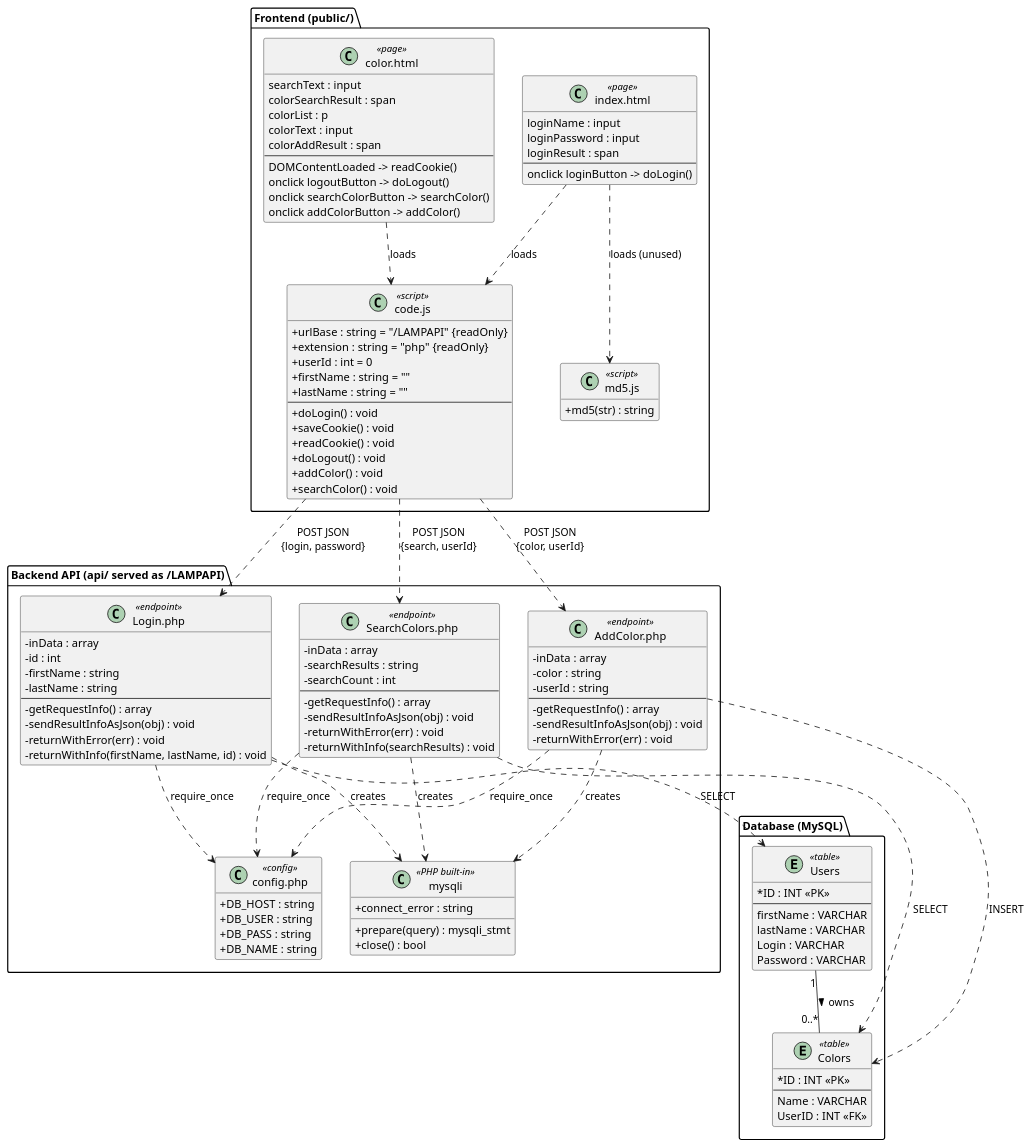
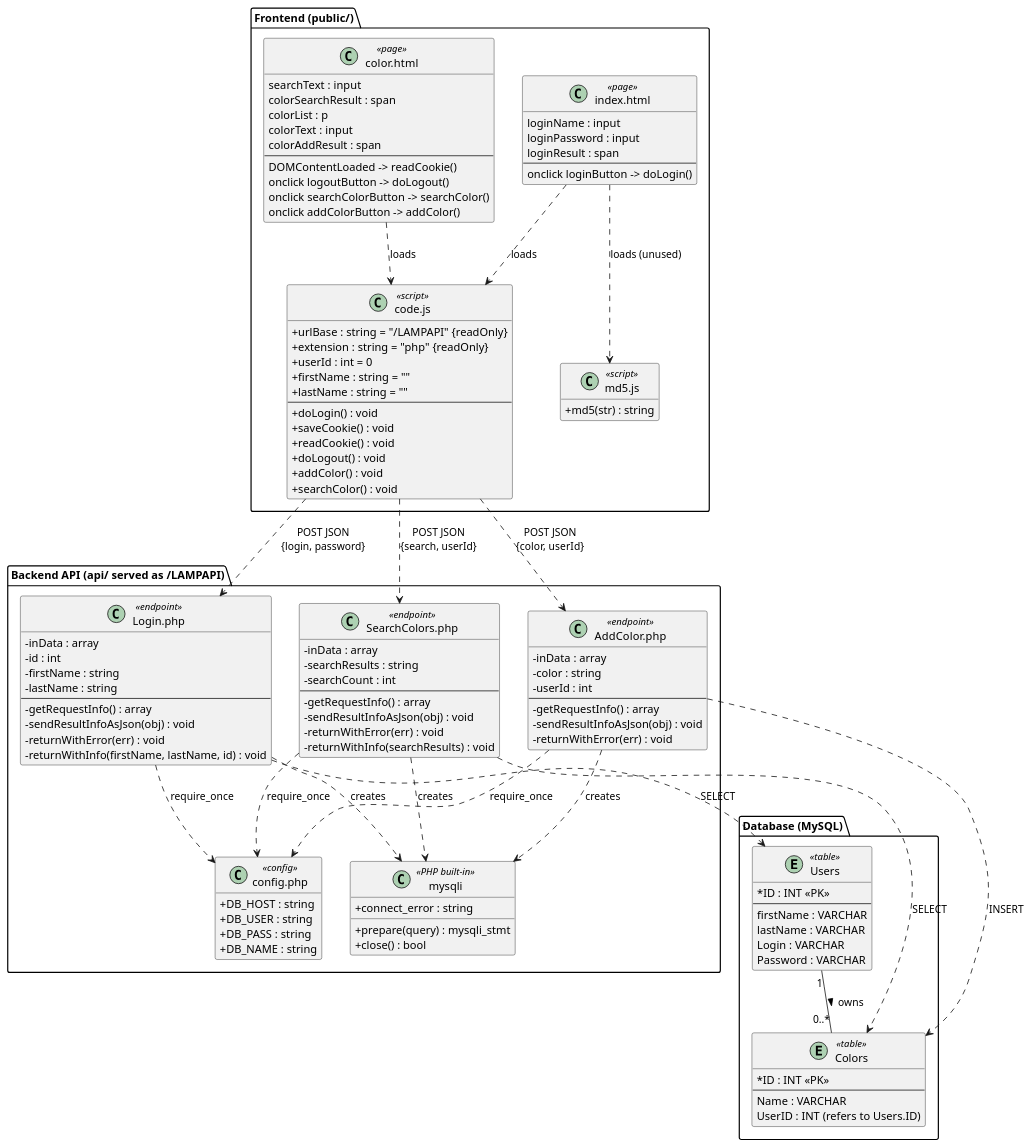
The diagram in docs/uml/class.puml (k4theriina/ColorsAssignment), drawn with PlantUML before and after one commit. The commit also changed 5 other files, not shown here.

Commit message:
Fix UML diagrams to match code: session check, readCookie guard, userId type, Colors.UserID

```diff
--- a/docs/uml/class.puml
+++ b/docs/uml/class.puml
@@ -1,140 +1,140 @@
 @startuml class
 ' Class Diagram - COLORS LAMP web application
 ' The code is procedural (no PHP/JS classes), so each page, script and
 ' table is modeled as a stereotyped class. Members match the real
 ' globals and functions in the source files.
 
 skinparam classAttributeIconSize 0
 hide empty members
 
 package "Frontend (public/)" {
   class "index.html" as IndexPage <<page>> {
     loginName : input
     loginPassword : input
     loginResult : span
     --
     onclick loginButton -> doLogin()
   }
 
   class "color.html" as ColorPage <<page>> {
     searchText : input
     colorSearchResult : span
     colorList : p
     colorText : input
     colorAddResult : span
     --
     DOMContentLoaded -> readCookie()
     onclick logoutButton -> doLogout()
     onclick searchColorButton -> searchColor()
     onclick addColorButton -> addColor()
   }
 
   class "code.js" as CodeJS <<script>> {
     + urlBase : string = "/LAMPAPI" {readOnly}
     + extension : string = "php" {readOnly}
     + userId : int = 0
     + firstName : string = ""
     + lastName : string = ""
     --
     + doLogin() : void
     + saveCookie() : void
     + readCookie() : void
     + doLogout() : void
     + addColor() : void
     + searchColor() : void
   }
 
   class "md5.js" as MD5JS <<script>> {
     + md5(str) : string
   }
 }
 
 package "Backend API (api/ served as /LAMPAPI)" {
   class "Login.php" as LoginPHP <<endpoint>> {
     - inData : array
     - id : int
     - firstName : string
     - lastName : string
     --
     - getRequestInfo() : array
     - sendResultInfoAsJson(obj) : void
     - returnWithError(err) : void
     - returnWithInfo(firstName, lastName, id) : void
   }
 
   class "SearchColors.php" as SearchPHP <<endpoint>> {
     - inData : array
     - searchResults : string
     - searchCount : int
     --
     - getRequestInfo() : array
     - sendResultInfoAsJson(obj) : void
     - returnWithError(err) : void
     - returnWithInfo(searchResults) : void
   }
 
   class "AddColor.php" as AddPHP <<endpoint>> {
     - inData : array
     - color : string
-    - userId : string
+    - userId : int
     --
     - getRequestInfo() : array
     - sendResultInfoAsJson(obj) : void
     - returnWithError(err) : void
   }
 
   class "config.php" as Config <<config>> {
     + DB_HOST : string
     + DB_USER : string
     + DB_PASS : string
     + DB_NAME : string
   }
 
   class mysqli <<PHP built-in>> {
     + connect_error : string
     + prepare(query) : mysqli_stmt
     + close() : bool
   }
 }
 
 package "Database (MySQL)" {
   entity Users <<table>> {
     * ID : INT <<PK>>
     --
     firstName : VARCHAR
     lastName : VARCHAR
     Login : VARCHAR
     Password : VARCHAR
   }
 
   entity Colors <<table>> {
     * ID : INT <<PK>>
     --
     Name : VARCHAR
-    UserID : INT <<FK>>
+    UserID : INT (refers to Users.ID)
   }
 }
 
 IndexPage ..> CodeJS : loads
 IndexPage ..> MD5JS : loads (unused)
 ColorPage ..> CodeJS : loads
 
 CodeJS ..> LoginPHP : POST JSON\n{login, password}
 CodeJS ..> SearchPHP : POST JSON\n{search, userId}
 CodeJS ..> AddPHP : POST JSON\n{color, userId}
 
 LoginPHP ..> Config : require_once
 SearchPHP ..> Config : require_once
 AddPHP ..> Config : require_once
 
 LoginPHP ..> mysqli : creates
 SearchPHP ..> mysqli : creates
 AddPHP ..> mysqli : creates
 
 LoginPHP ..> Users : SELECT
 SearchPHP ..> Colors : SELECT
 AddPHP ..> Colors : INSERT
 
 Users "1" -- "0..*" Colors : owns >
 
 @enduml
```
